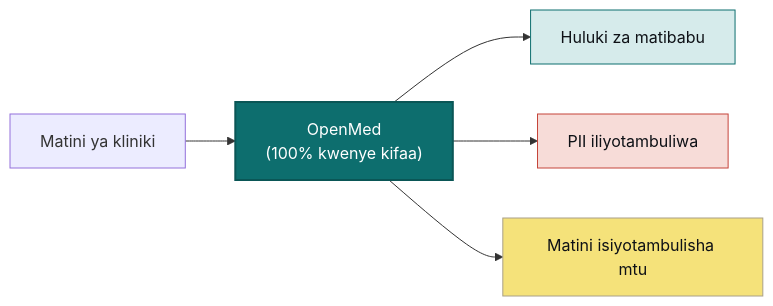
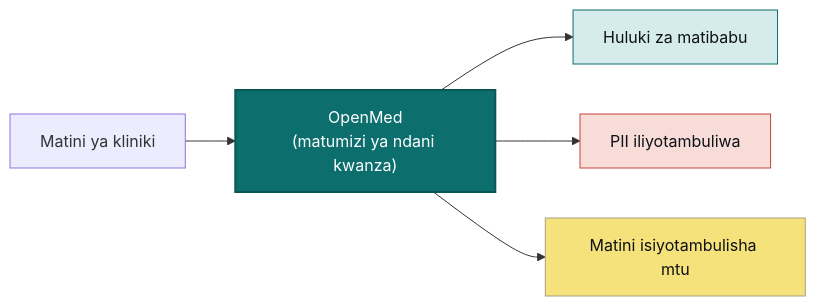
One commit to maziyarpanahi/openmed changed the diagram in README.sw.md. Above: the diagram before and after it, drawn with Mermaid. The commit also changed other lines of this file, not shown here.

````diff
--- a/README.sw.md
+++ b/README.sw.md
@@ -257,11 +233,11 @@
 ```mermaid
 flowchart LR
-    A["Matini ya kliniki"] --> B["OpenMed<br/>(100% kwenye kifaa)"]
+    A["Matini ya kliniki"] --> B["OpenMed<br/>(matumizi ya ndani kwanza)"]
     B --> C["Huluki za matibabu"]
     B --> D["PII iliyotambuliwa"]
     B --> E["Matini isiyotambulisha mtu"]
     style B fill:#0D6E6E,stroke:#0A5656,stroke-width:2px,color:#ffffff
     style C fill:#D6EBEB,stroke:#0D6E6E,color:#0E1116
     style D fill:#F7DCD8,stroke:#C5453A,color:#0E1116
     style E fill:#F5E27A,stroke:#A9A088,color:#0E1116
 ```
````
